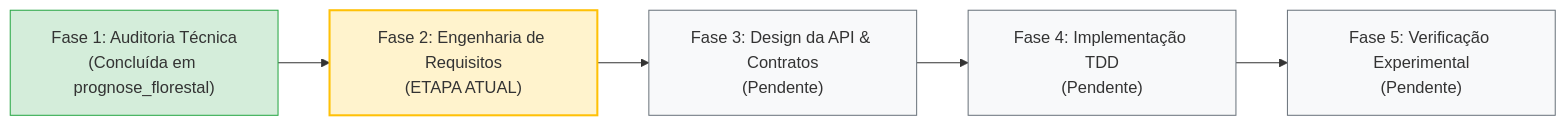
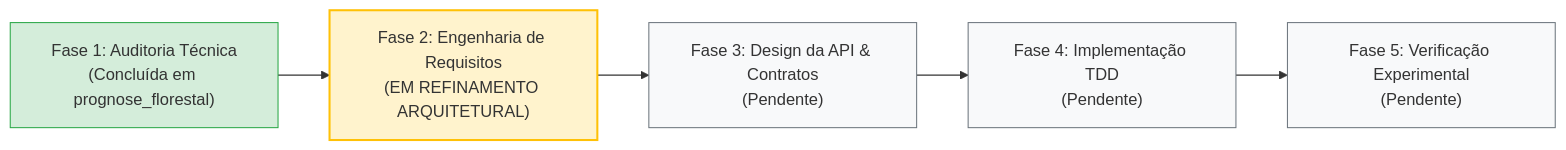
Before and after one commit to aleerangel/experimental-ml-framework: the diagram in engenharia_software/ETAPA_ATUAL_ENGENHARIA.md, drawn with Mermaid. The commit also changed other lines of this file and 1 other file, not shown here.

Commit message:
docs(engenharia): formalizar especificacao de requisitos de software (SRS) e consolidar escopo da fase 2

````diff
--- a/engenharia_software/ETAPA_ATUAL_ENGENHARIA.md
+++ b/engenharia_software/ETAPA_ATUAL_ENGENHARIA.md
@@ -14,13 +15,13 @@
 ```mermaid
 flowchart LR
-    Fase1["Fase 1: Auditoria Técnica<br/>(Concluída em prognose_florestal)"] --> Fase2["Fase 2: Engenharia de Requisitos<br/>(ETAPA ATUAL)"]
+    Fase1["Fase 1: Auditoria Técnica<br/>(Concluída em prognose_florestal)"] --> Fase2["Fase 2: Engenharia de Requisitos<br/>(EM REFINAMENTO ARQUITETURAL)"]
     Fase2 --> Fase3["Fase 3: Design da API & Contratos<br/>(Pendente)"]
     Fase3 --> Fase4["Fase 4: Implementação TDD<br/>(Pendente)"]
     Fase4 --> Fase5["Fase 5: Verificação Experimental<br/>(Pendente)"]
     
     style Fase1 fill:#d4edda,stroke:#28a745
     style Fase2 fill:#fff3cd,stroke:#ffc107,stroke-width:2px
     style Fase3 fill:#f8f9fa,stroke:#6c757d
     style Fase4 fill:#f8f9fa,stroke:#6c757d
     style Fase5 fill:#f8f9fa,stroke:#6c757d
 ```
````
